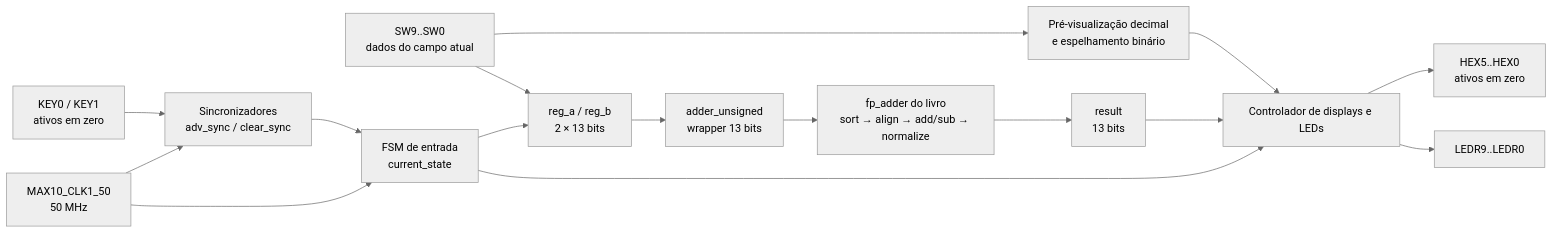
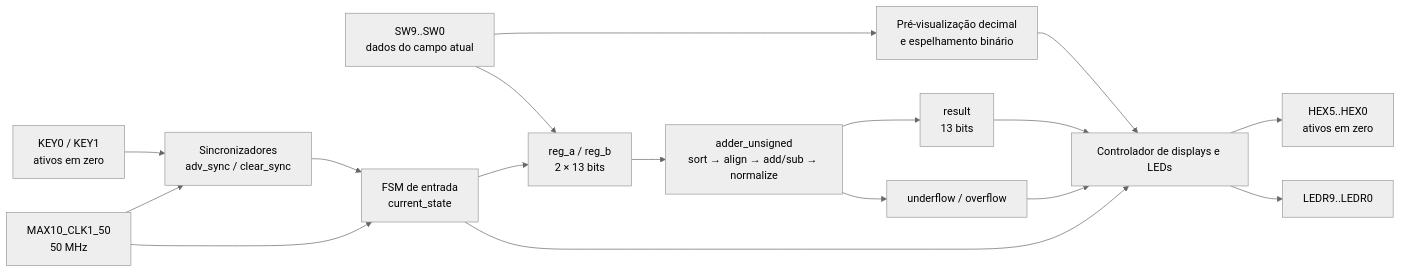
Before and after one commit to guiPython/de10-lite-fp-adder: the first of 3 diagrams in docs/HARDWARE_DE10_LITE.md, drawn with Mermaid (neutral theme). The commit also changed other lines of this file and 9 other files, not shown here.

First line of the commit message:
docs: finalize architecture and board interpretation

````diff
--- a/docs/HARDWARE_DE10_LITE.md
+++ b/docs/HARDWARE_DE10_LITE.md
@@ -8,18 +8,19 @@
 ```mermaid
 flowchart LR
     SW["SW9..SW0<br/>dados do campo atual"] --> UI["Pré-visualização decimal<br/>e espelhamento binário"]
     SW --> REG["reg_a / reg_b<br/>2 × 13 bits"]
     KEY["KEY0 / KEY1<br/>ativos em zero"] --> SYNC["Sincronizadores<br/>adv_sync / clear_sync"]
     CLK["MAX10_CLK1_50<br/>50 MHz"] --> SYNC
     CLK --> FSM["FSM de entrada<br/>current_state"]
     SYNC --> FSM
     FSM --> REG
-    REG --> WRAP["adder_unsigned<br/>wrapper 13 bits"]
-    WRAP --> CORE["fp_adder do livro<br/>sort → align → add/sub → normalize"]
-    CORE --> RES["result<br/>13 bits"]
+    REG --> ADDER["adder_unsigned<br/>sort → align → add/sub → normalize"]
+    ADDER --> RES["result<br/>13 bits"]
+    ADDER --> FLAGS["underflow / overflow"]
     FSM --> DISP["Controlador de displays e LEDs"]
     UI --> DISP
     RES --> DISP
+    FLAGS --> DISP
     DISP --> HEX["HEX5..HEX0<br/>ativos em zero"]
     DISP --> LED["LEDR9..LEDR0"]
 ```
````
